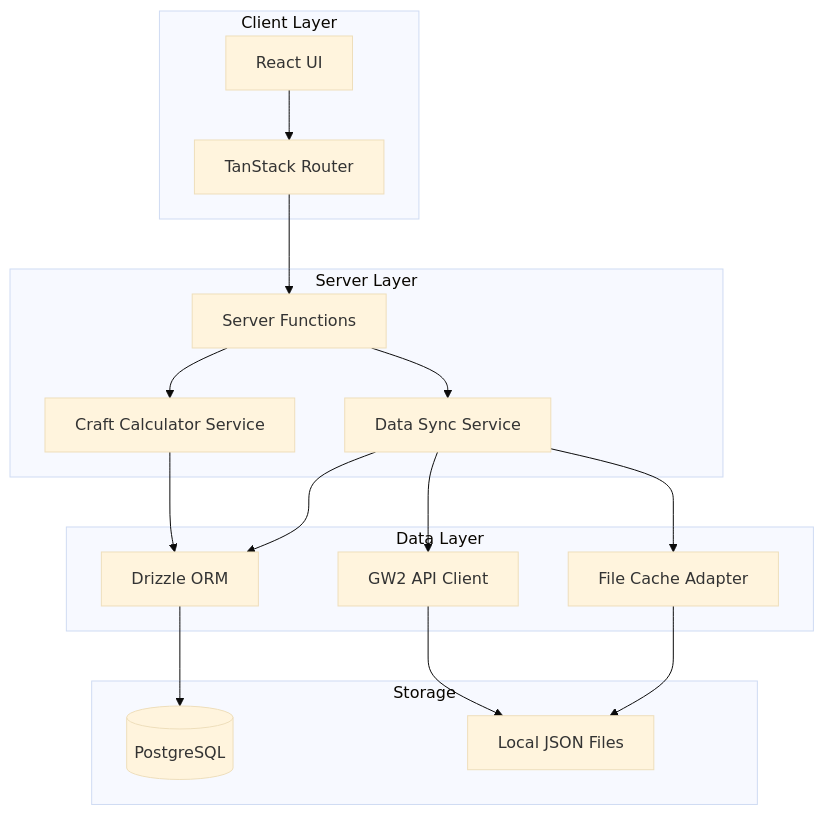
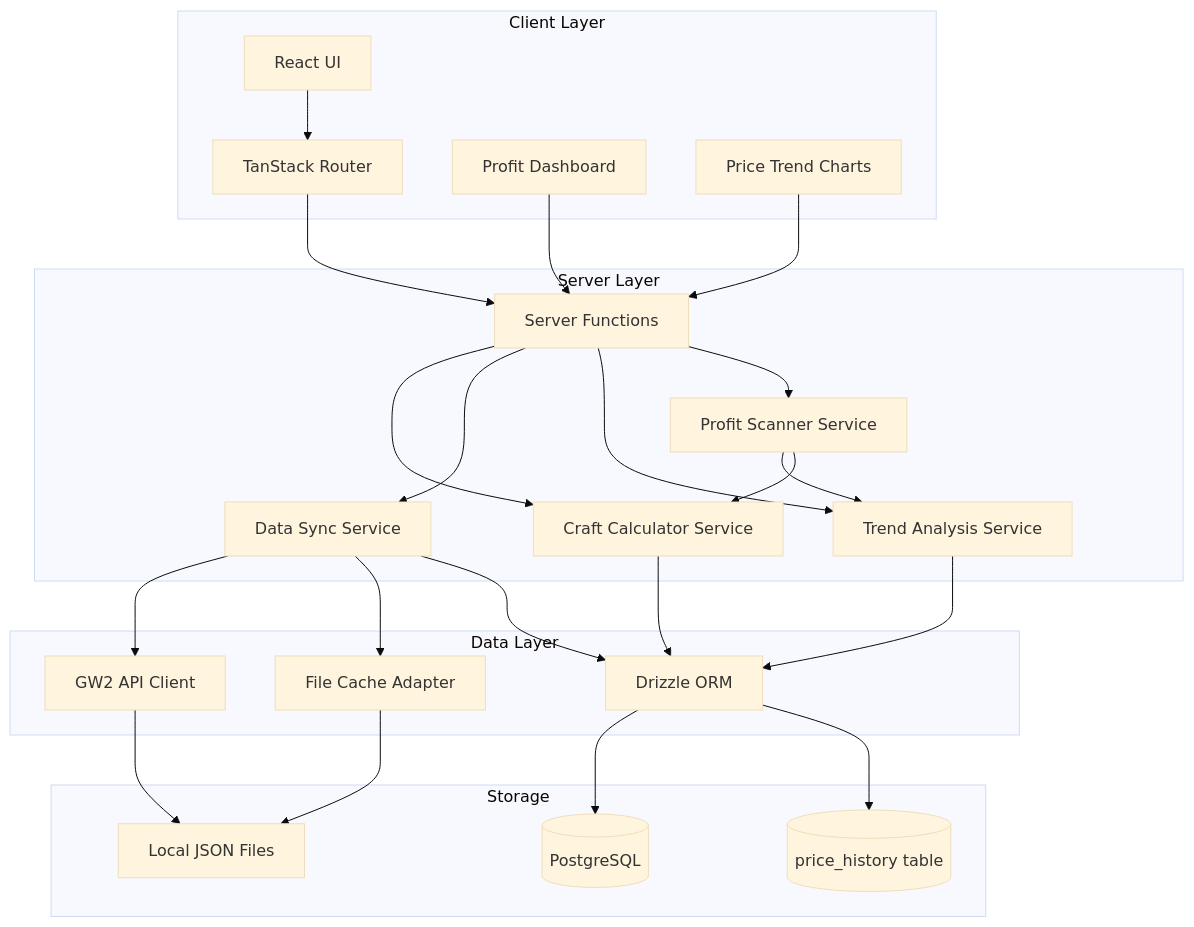
The first of 3 diagrams in .cursor/plans/gw2_economist_app_4bdce2df.plan.md (craimasjien/gw2-economist), drawn with Mermaid (base theme) before and after one commit. The commit also changed other lines of this file and 14 other files, not shown here.

````diff
--- a/.cursor/plans/gw2_economist_app_4bdce2df.plan.md
+++ b/.cursor/plans/gw2_economist_app_4bdce2df.plan.md
@@ -50,36 +92,49 @@
 ```mermaid
 graph TB
     subgraph client [Client Layer]
         UI[React UI]
         TanStackRouter[TanStack Router]
+        ProfitDash[Profit Dashboard]
+        TrendChart[Price Trend Charts]
     end
     
     subgraph server [Server Layer]
         ServerFn[Server Functions]
         CraftCalc[Craft Calculator Service]
         DataSync[Data Sync Service]
+        TrendSvc[Trend Analysis Service]
+        ProfitScan[Profit Scanner Service]
     end
     
     subgraph data [Data Layer]
         Cache[File Cache Adapter]
         GW2API[GW2 API Client]
         DrizzleORM[Drizzle ORM]
     end
     
     subgraph storage [Storage]
         PostgreSQL[(PostgreSQL)]
         FileCache[Local JSON Files]
+        PriceHistory[(price_history table)]
     end
     
     UI --> TanStackRouter
+    ProfitDash --> ServerFn
+    TrendChart --> ServerFn
     TanStackRouter --> ServerFn
     ServerFn --> CraftCalc
     ServerFn --> DataSync
+    ServerFn --> TrendSvc
+    ServerFn --> ProfitScan
     CraftCalc --> DrizzleORM
+    TrendSvc --> DrizzleORM
+    ProfitScan --> TrendSvc
+    ProfitScan --> CraftCalc
     DataSync --> GW2API
     DataSync --> Cache
     GW2API --> FileCache
     Cache --> FileCache
     DrizzleORM --> PostgreSQL
+    DrizzleORM --> PriceHistory
     DataSync --> DrizzleORM
 ```
````
